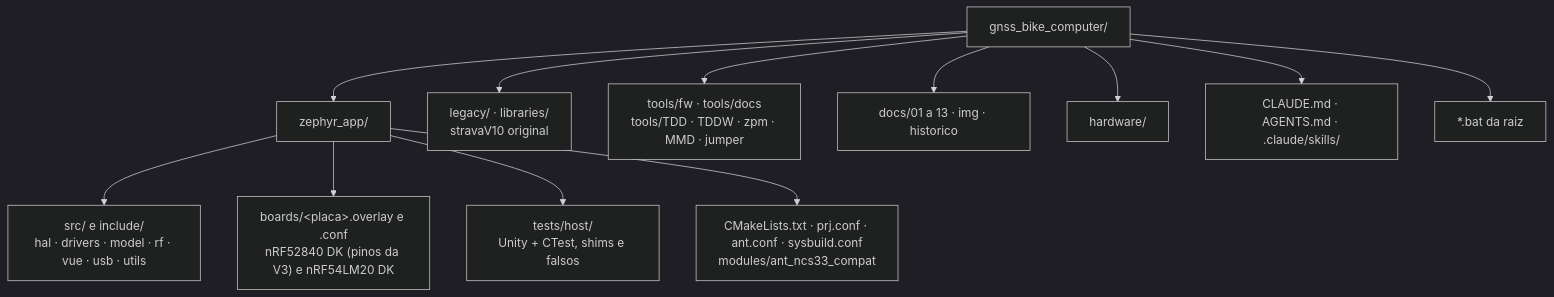
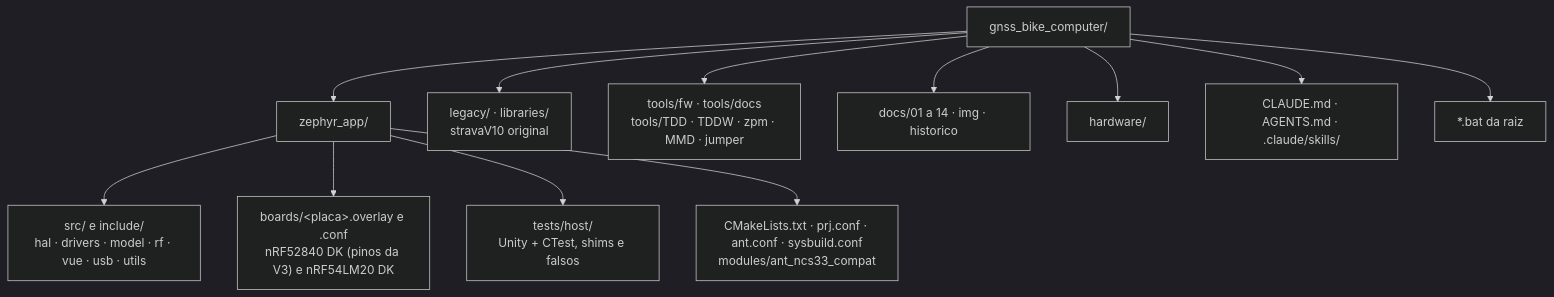
The first of 2 diagrams in CLAUDE.md (Guiimartinho/gnss-bike-computer), drawn with Mermaid (dark theme) before and after one commit. The commit also changed other lines of this file and 11 other files, not shown here.

````diff
--- a/CLAUDE.md
+++ b/CLAUDE.md
@@ -58,15 +58,15 @@
 ```mermaid
 flowchart TB
     ROOT["gnss_bike_computer/"]
     ROOT --> ZA["zephyr_app/"]
     ZA --> ZS["src/ e include/<br/>hal · drivers · model · rf · vue · usb · utils"]
     ZA --> ZB["boards/&lt;placa&gt;.overlay e .conf<br/>nRF52840 DK (pinos da V3) e nRF54LM20 DK"]
     ZA --> ZT["tests/host/<br/>Unity + CTest, shims e falsos"]
     ZA --> ZC["CMakeLists.txt · prj.conf · ant.conf · sysbuild.conf<br/>modules/ant_ncs33_compat"]
     ROOT --> LEG["legacy/ · libraries/<br/>stravaV10 original"]
     ROOT --> TOOLS["tools/fw · tools/docs<br/>tools/TDD · TDDW · zpm · MMD · jumper"]
-    ROOT --> DOCS["docs/01 a 13 · img · historico"]
+    ROOT --> DOCS["docs/01 a 14 · img · historico"]
     ROOT --> HW["hardware/"]
     ROOT --> AI["CLAUDE.md · AGENTS.md · .claude/skills/"]
     ROOT --> BAT["*.bat da raiz"]
 ```
````
